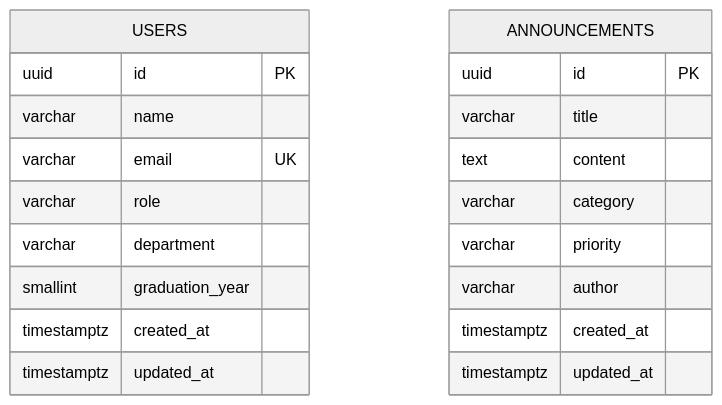
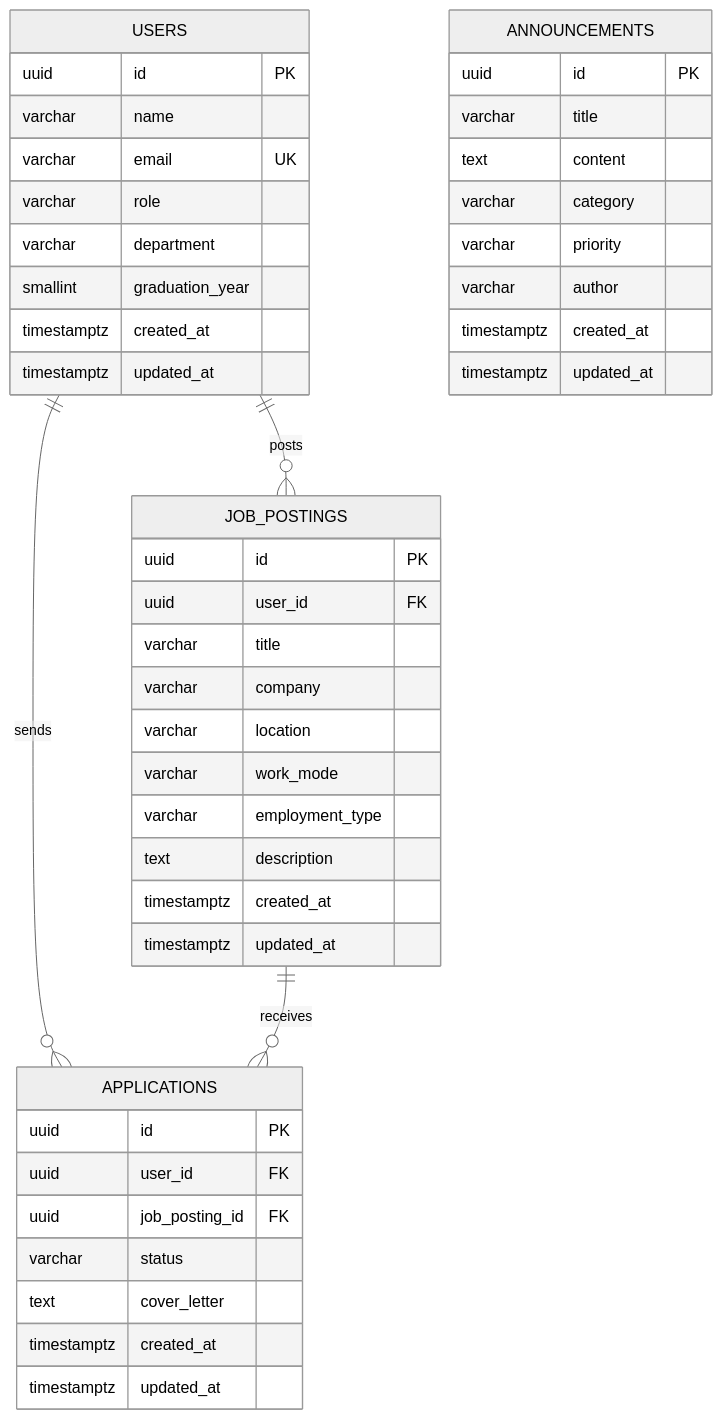
One commit to AxelXoket/alumni_tracking changed the diagram in ddd.md. Above: the diagram before and after it, drawn with Mermaid (neutral theme). The commit also changed other lines of this file and 23 other files, not shown here.

First line of the commit message:
feat(week-6-in-class): add job postings and applications relational schema, nested routes and factory seeding

````diff
--- a/ddd.md
+++ b/ddd.md
@@ -157,23 +241,48 @@
 ```mermaid
 erDiagram
+    USERS ||--o{ JOB_POSTINGS : "posts"
+    USERS ||--o{ APPLICATIONS : "sends"
+    JOB_POSTINGS ||--o{ APPLICATIONS : "receives"
+
     USERS {
         uuid id PK
         varchar name
         varchar email UK
         varchar role
         varchar department
         smallint graduation_year
+        timestamptz created_at
+        timestamptz updated_at
+    }
+    JOB_POSTINGS {
+        uuid id PK
+        uuid user_id FK
+        varchar title
+        varchar company
+        varchar location
+        varchar work_mode
+        varchar employment_type
+        text description
+        timestamptz created_at
+        timestamptz updated_at
+    }
+    APPLICATIONS {
+        uuid id PK
+        uuid user_id FK
+        uuid job_posting_id FK
+        varchar status
+        text cover_letter
         timestamptz created_at
         timestamptz updated_at
     }
     ANNOUNCEMENTS {
         uuid id PK
         varchar title
         text content
         varchar category
         varchar priority
         varchar author
         timestamptz created_at
         timestamptz updated_at
     }
 ```
````
